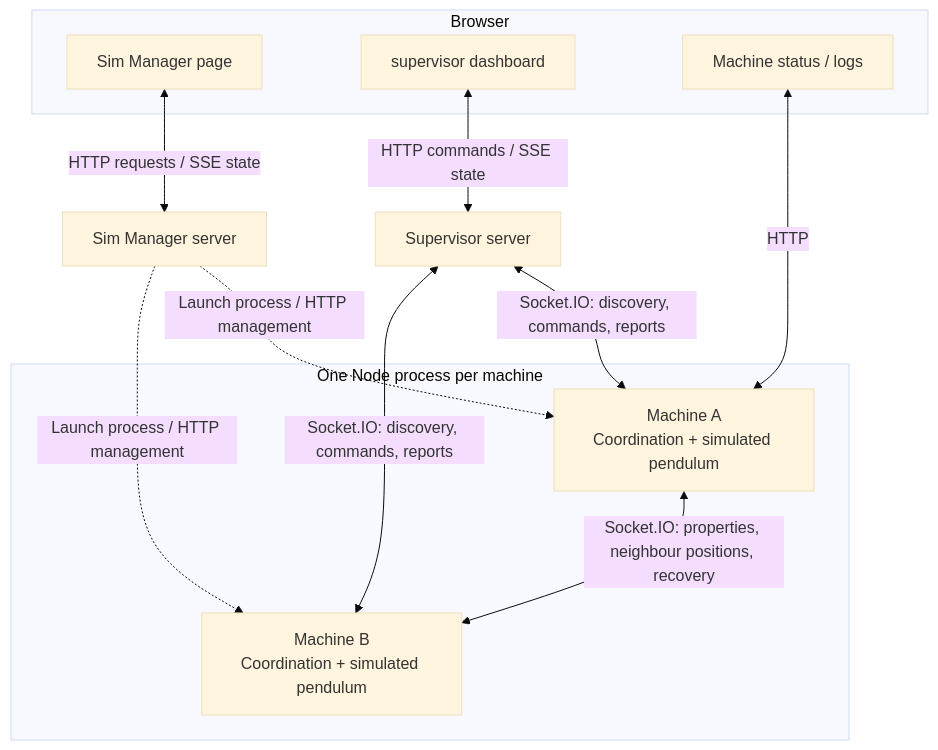
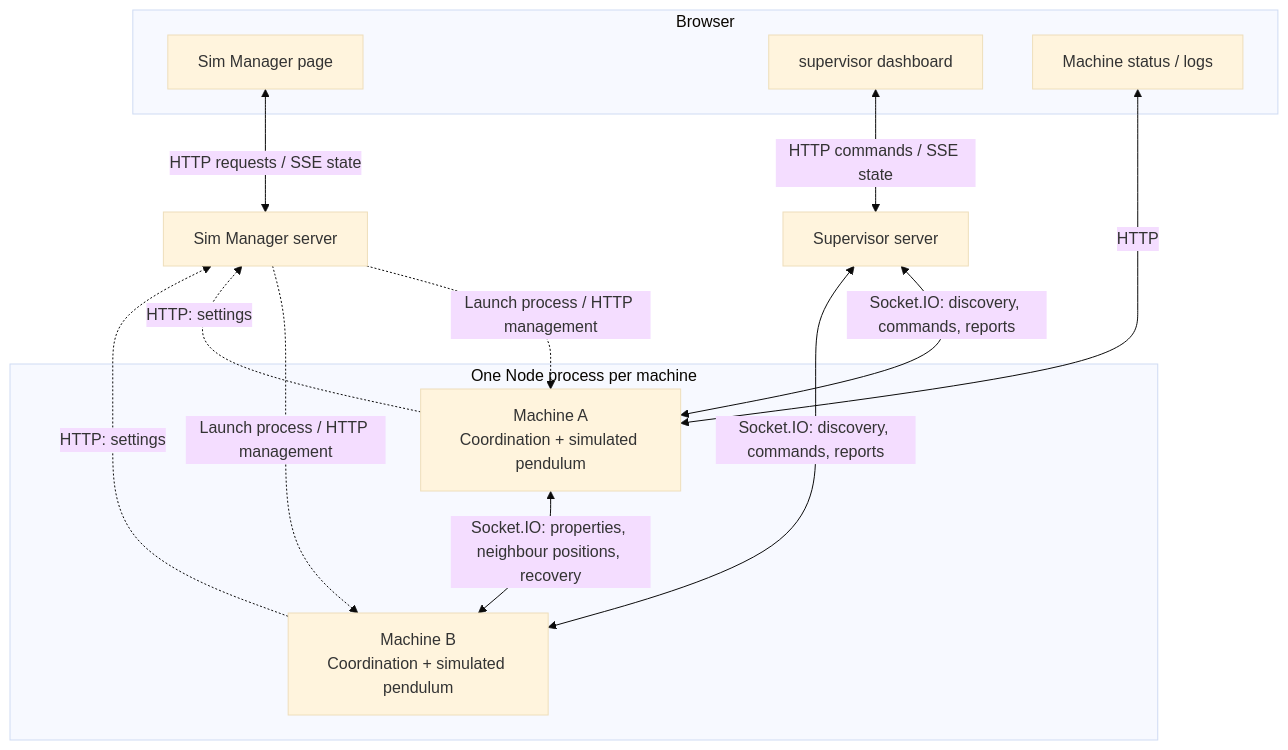
The diagram in README.md (jaredsavage/vention-pendulums-code-challenge), drawn with Mermaid (base theme) before and after one commit. The commit also changed other lines of this file and 89 other files, not shown here.

````diff
--- a/README.md
+++ b/README.md
@@ -55,28 +55,30 @@
 ```mermaid
 flowchart TB
     subgraph Browser
         SimManagerPage["Sim Manager page"]
         SupervisorDashboard["supervisor dashboard"]
         MachinePage["Machine status / logs"]
     end
 
     SimManagerServer["Sim Manager server"]
     SupervisorServer["Supervisor server"]
 
     subgraph Machines["One Node process per machine"]
         MachineA["Machine A<br/>Coordination + simulated pendulum"]
         MachineB["Machine B<br/>Coordination + simulated pendulum"]
     end
 
     SimManagerPage <-->|HTTP requests / SSE state| SimManagerServer
     SupervisorDashboard <-->|HTTP commands / SSE state| SupervisorServer
     MachinePage <-->|HTTP| MachineA
 
     SimManagerServer -.->|Launch process / HTTP management| MachineA
     SimManagerServer -.->|Launch process / HTTP management| MachineB
+    MachineA -.->|HTTP: settings| SimManagerServer
+    MachineB -.->|HTTP: settings| SimManagerServer
 
     SupervisorServer <-->|Socket.IO: discovery, commands, reports| MachineA
     SupervisorServer <-->|Socket.IO: discovery, commands, reports| MachineB
 
     MachineA <-->|Socket.IO: properties, neighbour positions, recovery| MachineB
 ```
````
